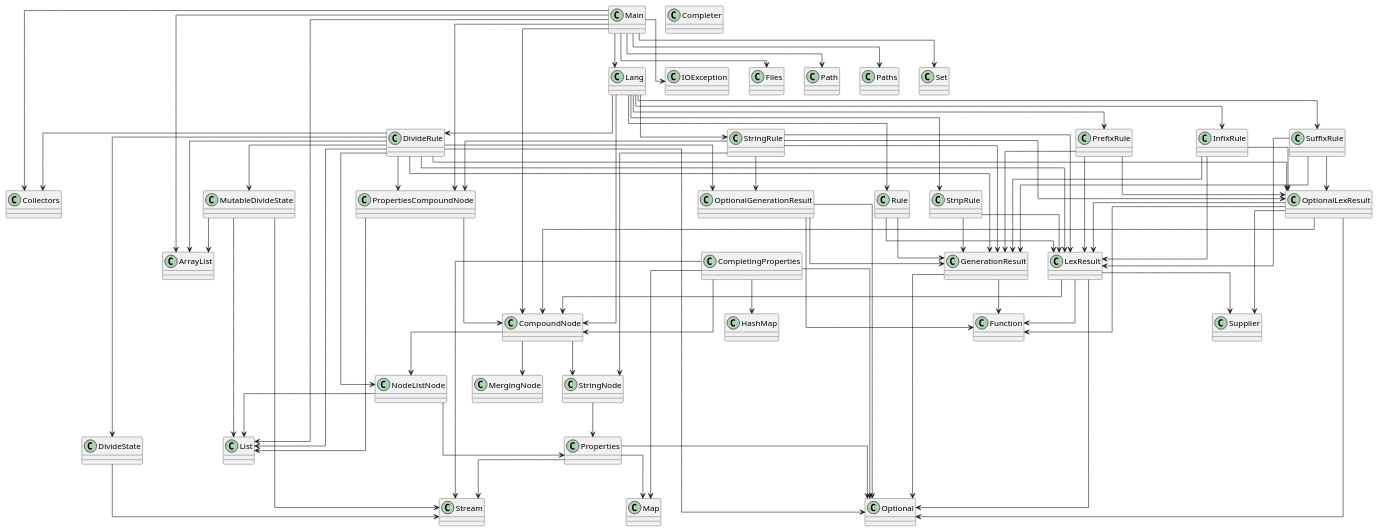
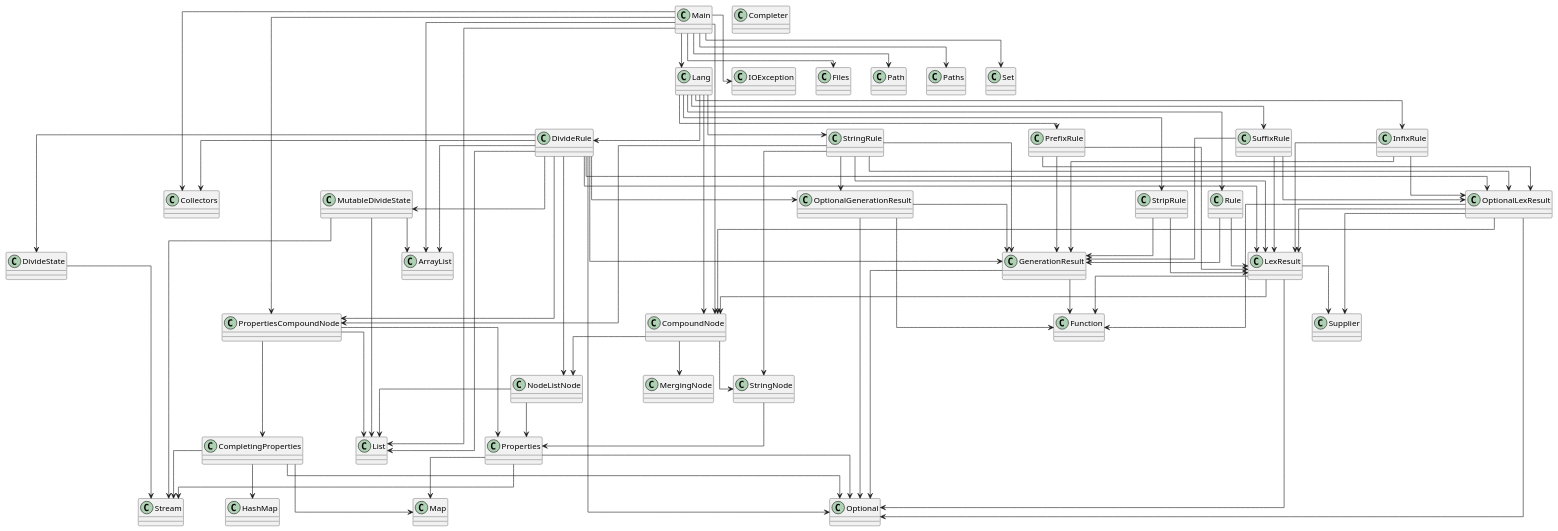
One commit to SirMathhman/Magma changed the diagram in diagram.puml. Above: the diagram before and after it, drawn with PlantUML. The commit also changed 5 other files, not shown here.

```diff
--- a/diagram.puml
+++ b/diagram.puml
@@ -1,110 +1,110 @@
 @startuml
 skinparam linetype ortho
 class OptionalGenerationResult
 OptionalGenerationResult --> GenerationResult
 OptionalGenerationResult --> Optional
 OptionalGenerationResult --> Function
 class StringNode
 StringNode --> Properties
 class Rule
 Rule --> GenerationResult
 Rule --> LexResult
 class Completer
 class Lang
 Lang --> CompoundNode
 Lang --> DivideRule
 Lang --> InfixRule
 Lang --> PrefixRule
 Lang --> Rule
 Lang --> StringRule
 Lang --> StripRule
 Lang --> SuffixRule
 class LexResult
 LexResult --> CompoundNode
 LexResult --> Optional
 LexResult --> Function
 LexResult --> Supplier
 class MutableDivideState
 MutableDivideState --> ArrayList
 MutableDivideState --> List
 MutableDivideState --> Stream
 class InfixRule
 InfixRule --> GenerationResult
 InfixRule --> LexResult
 InfixRule --> OptionalLexResult
 class DivideRule
 DivideRule --> NodeListNode
 DivideRule --> PropertiesCompoundNode
 DivideRule --> DivideState
 DivideRule --> MutableDivideState
 DivideRule --> GenerationResult
 DivideRule --> LexResult
 DivideRule --> OptionalGenerationResult
 DivideRule --> OptionalLexResult
 DivideRule --> ArrayList
 DivideRule --> List
 DivideRule --> Optional
 DivideRule --> Collectors
 class PrefixRule
 PrefixRule --> GenerationResult
 PrefixRule --> LexResult
 PrefixRule --> OptionalLexResult
 class StringRule
 StringRule --> StringNode
 StringRule --> PropertiesCompoundNode
 StringRule --> GenerationResult
 StringRule --> LexResult
 StringRule --> OptionalGenerationResult
 StringRule --> OptionalLexResult
 class SuffixRule
 SuffixRule --> GenerationResult
 SuffixRule --> LexResult
 SuffixRule --> OptionalLexResult
 class MergingNode
 class GenerationResult
 GenerationResult --> Optional
 GenerationResult --> Function
-class PropertiesCompoundNode
-PropertiesCompoundNode --> CompoundNode
-PropertiesCompoundNode --> List
 class StripRule
 StripRule --> GenerationResult
 StripRule --> LexResult
+class PropertiesCompoundNode
+PropertiesCompoundNode --> CompletingProperties
+PropertiesCompoundNode --> Properties
+PropertiesCompoundNode --> List
 class Main
 Main --> Lang
 Main --> PropertiesCompoundNode
 Main --> CompoundNode
 Main --> IOException
 Main --> Files
 Main --> Path
 Main --> Paths
 Main --> ArrayList
 Main --> List
 Main --> Set
 Main --> Collectors
 class CompoundNode
 CompoundNode --> MergingNode
 CompoundNode --> NodeListNode
 CompoundNode --> StringNode
 class CompletingProperties
-CompletingProperties --> CompoundNode
 CompletingProperties --> HashMap
 CompletingProperties --> Map
 CompletingProperties --> Optional
 CompletingProperties --> Stream
 class DivideState
 DivideState --> Stream
 class NodeListNode
 NodeListNode --> Properties
 NodeListNode --> List
 class Properties
 Properties --> Map
 Properties --> Optional
 Properties --> Stream
 class OptionalLexResult
 OptionalLexResult --> CompoundNode
 OptionalLexResult --> LexResult
 OptionalLexResult --> Optional
 OptionalLexResult --> Function
 OptionalLexResult --> Supplier
 @enduml
```
